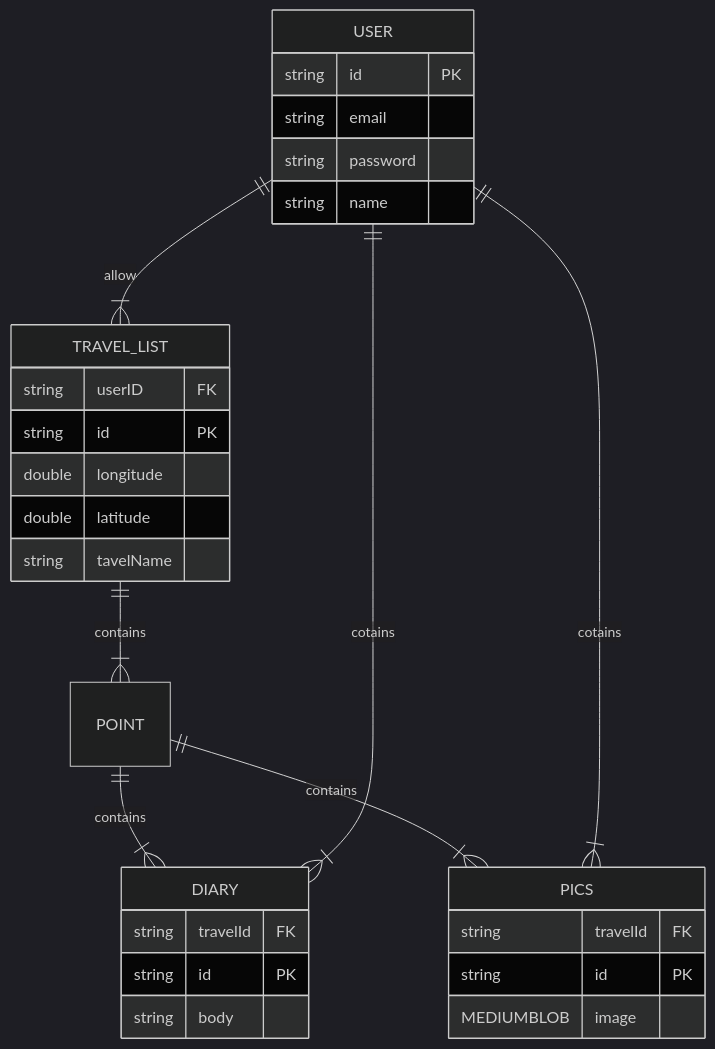
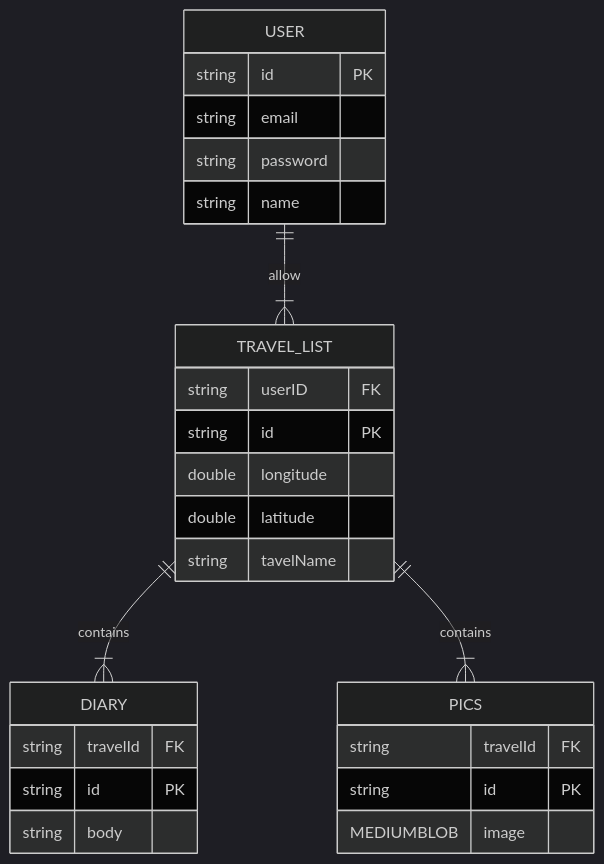
Before and after one commit to KMUlee/nestjs-intertravel: the diagram in README.md, drawn with Mermaid (dark theme).

````diff
--- a/README.md
+++ b/README.md
@@ -15,36 +15,34 @@
 ```mermaid
 erDiagram
     USER ||--|{ TRAVEL_LIST : allow
-    TRAVEL_LIST ||--|{ POINT : contains
-    POINT || -- |{ DIARY : contains
-    POINT || -- |{ PICS : contains
-    USER || -- |{ DIARY : cotains
-    USER || -- |{ PICS : cotains
+    TRAVEL_LIST || -- |{ DIARY : contains
+    TRAVEL_LIST || -- |{ PICS : contains
+
 
     USER {
       string id PK
       string email
       string password
       string name
     }
 
     TRAVEL_LIST {
       string userID FK
       string id PK
       double longitude
       double latitude
       string tavelName
     }
 
     DIARY {
       string travelId FK
       string id PK
       string body
     }
 
     PICS {
       string travelId FK
       string id PK
       MEDIUMBLOB image
     }
 ```
````
